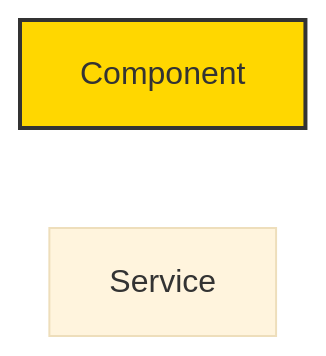
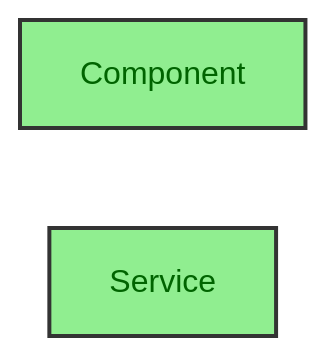
The first of 2 diagrams in .agents/skills/design-doc-mermaid/HIGH_CONTRAST_UPDATE.md (duranalberto/albertoduran), drawn with Mermaid (base theme) before and after one commit. The commit also changed other lines of this file and 22 other files, not shown here.

````diff
--- a/.agents/skills/design-doc-mermaid/HIGH_CONTRAST_UPDATE.md
+++ b/.agents/skills/design-doc-mermaid/HIGH_CONTRAST_UPDATE.md
@@ -108,10 +11,8 @@
 ```mermaid
 graph LR
     A[Component]
     B[Service]
 
-    classDef myStyle fill:#FFD700,stroke:#333,stroke-width:2px
-    %% Missing color: property - may be unreadable!
-
-    class A myStyle
+    classDef service fill:#90EE90,stroke:#333,stroke-width:2px,color:darkgreen
+    class A,B service
 ```
````
